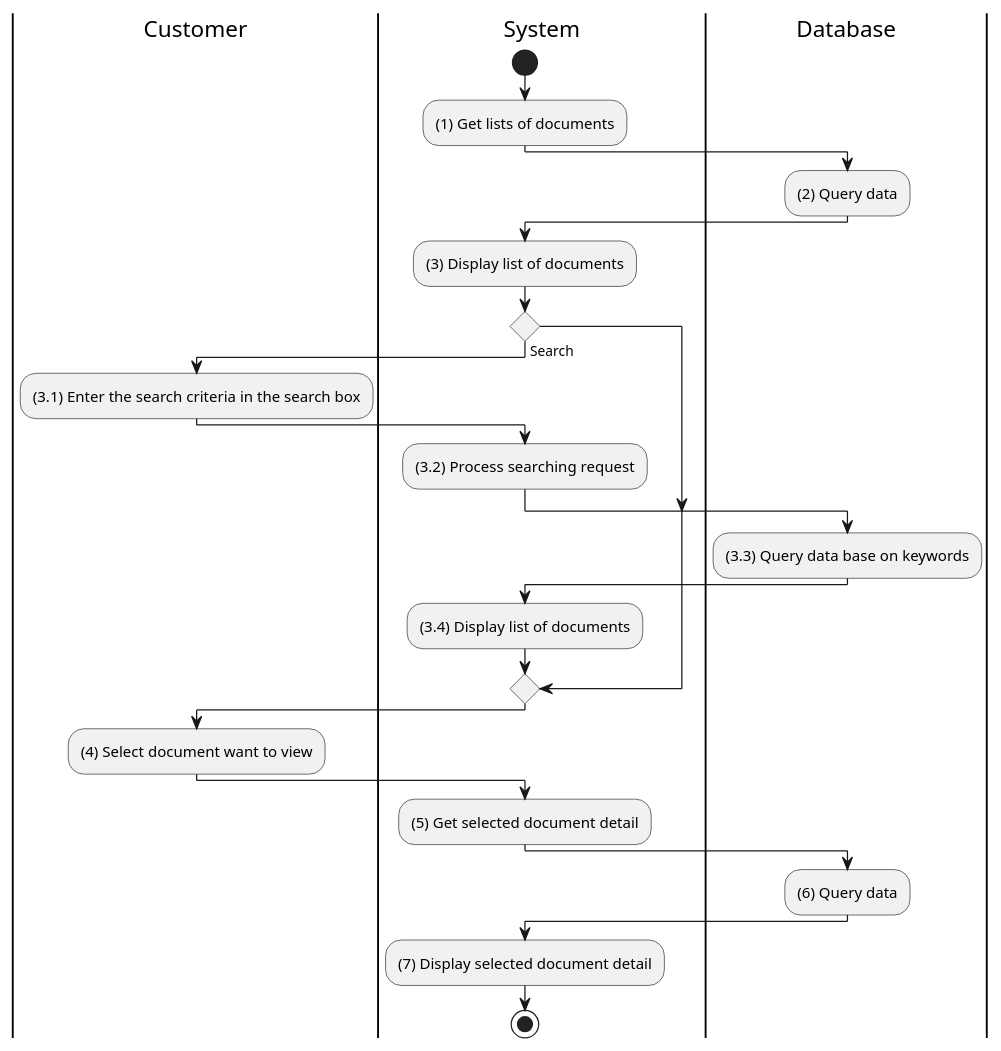
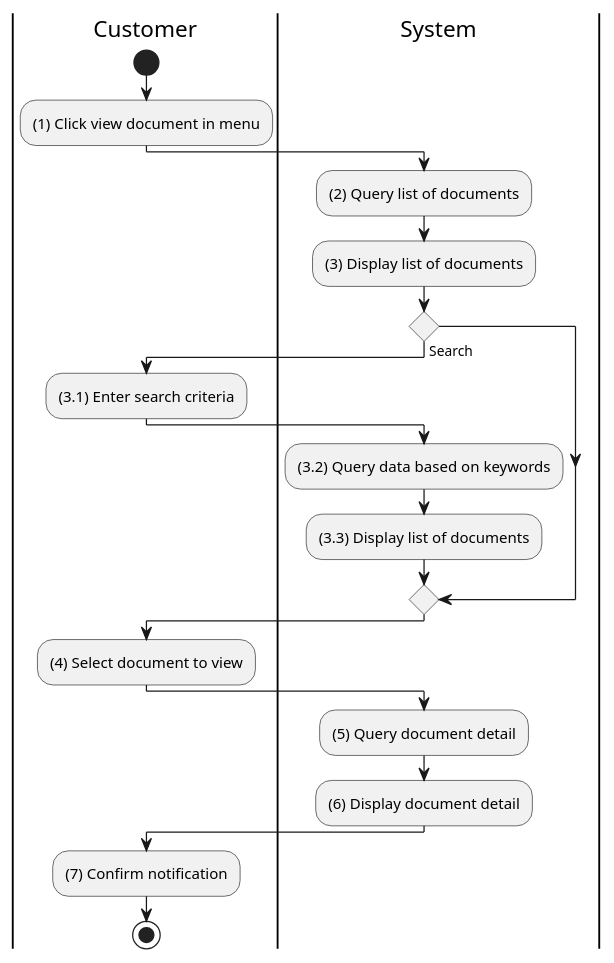
Before and after one commit to electricilies/electricilies.github.io: the diagram in docs/software-docs/activity/view-document/view-document.md, drawn with PlantUML. The commit also changed 47 other files, not shown here.

````diff
--- a/docs/software-docs/activity/view-document/view-document.md
+++ b/docs/software-docs/activity/view-document/view-document.md
@@ -3,35 +3,28 @@
 ```plantuml
 @startuml
 |C|Customer
 |S|System
-|D|Database
 
+|C|
+start
+:(1) Click view document in menu;
 |S|
-start
-:(1) Get lists of documents;
-|D|
-:(2) Query data;
-|S|
+:(2) Query list of documents;
 :(3) Display list of documents;
 if () then (Search)
   |C|
-  :(3.1) Enter the search criteria in the search box;
+  :(3.1) Enter search criteria;
   |S|
-  :(3.2) Process searching request;
-  |D|
-  :(3.3) Query data base on keywords;
-  |S|
-  :(3.4) Display list of documents;
+  :(3.2) Query data based on keywords;
+  :(3.3) Display list of documents;
 endif
 |C|
-:(4) Select document want to view;
+:(4) Select document to view;
 |S|
-:(5) Get selected document detail;
-|D|
-:(6) Query data;
-|S|
-:(7) Display selected document detail;
+:(5) Query document detail;
+:(6) Display document detail;
+|C|
+:(7) Confirm notification;
 stop
-
 @enduml
 ```
````
